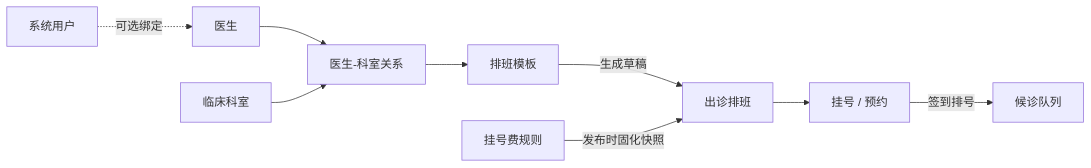
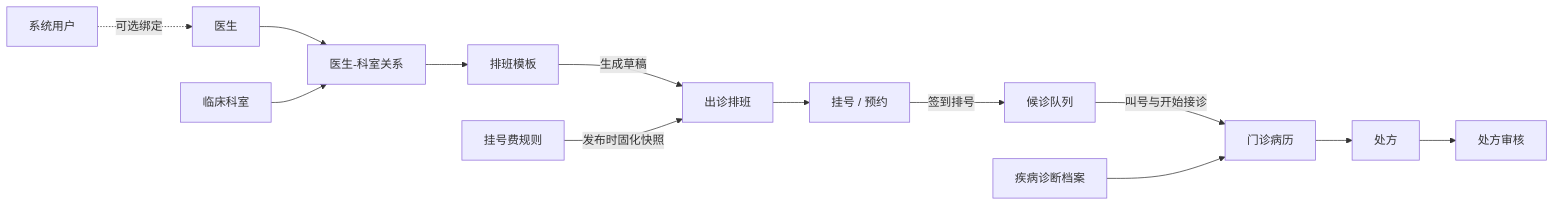
The diagram in business-docs/medical/README.md (liuyinzhong/hive-admin-go), drawn with Mermaid before and after one commit. The commit also changed other lines of this file and 22 other files, not shown here.

````diff
--- a/business-docs/medical/README.md
+++ b/business-docs/medical/README.md
@@ -16,11 +17,15 @@
 ```mermaid
 flowchart LR
   USER[系统用户] -.可选绑定.-> DOCTOR[医生]
   DOCTOR --> DD[医生-科室关系]
   DEPT[临床科室] --> DD
   DD --> TEMPLATE[排班模板]
   TEMPLATE -->|生成草稿| SCHEDULE[出诊排班]
   FEE[挂号费规则] -->|发布时固化快照| SCHEDULE
   SCHEDULE --> REG[挂号 / 预约]
   REG -->|签到排号| QUEUE[候诊队列]
+  QUEUE -->|叫号与开始接诊| RECORD[门诊病历]
+  DIAG[疾病诊断档案] --> RECORD
+  RECORD --> RX[处方]
+  RX --> REVIEW[处方审核]
 ```
````
